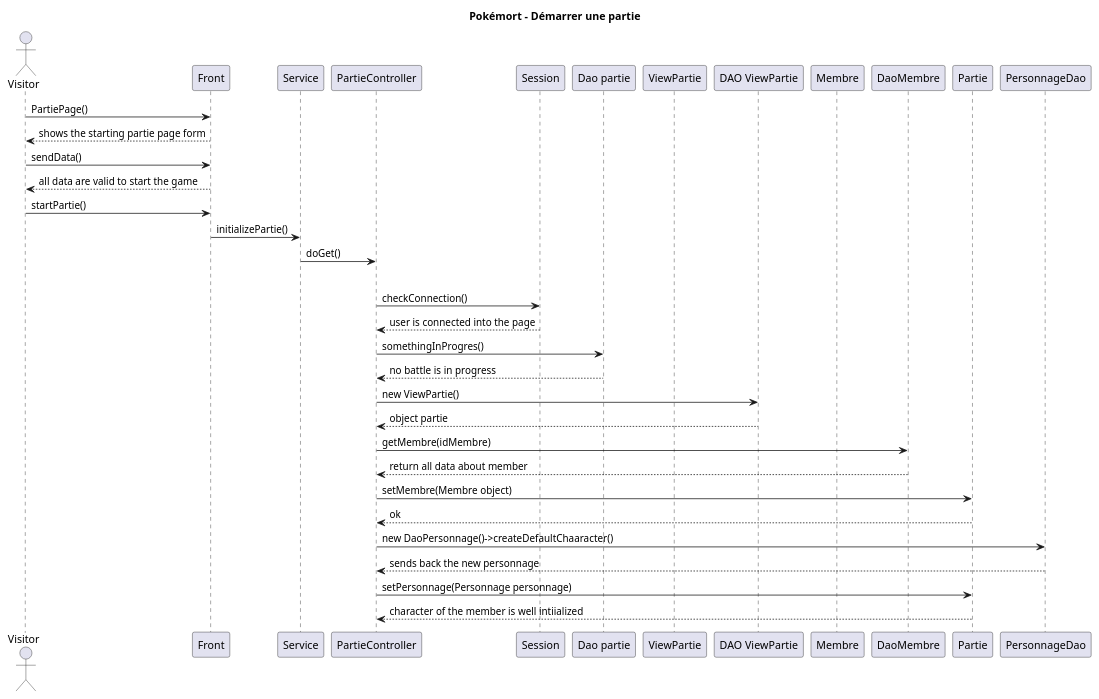
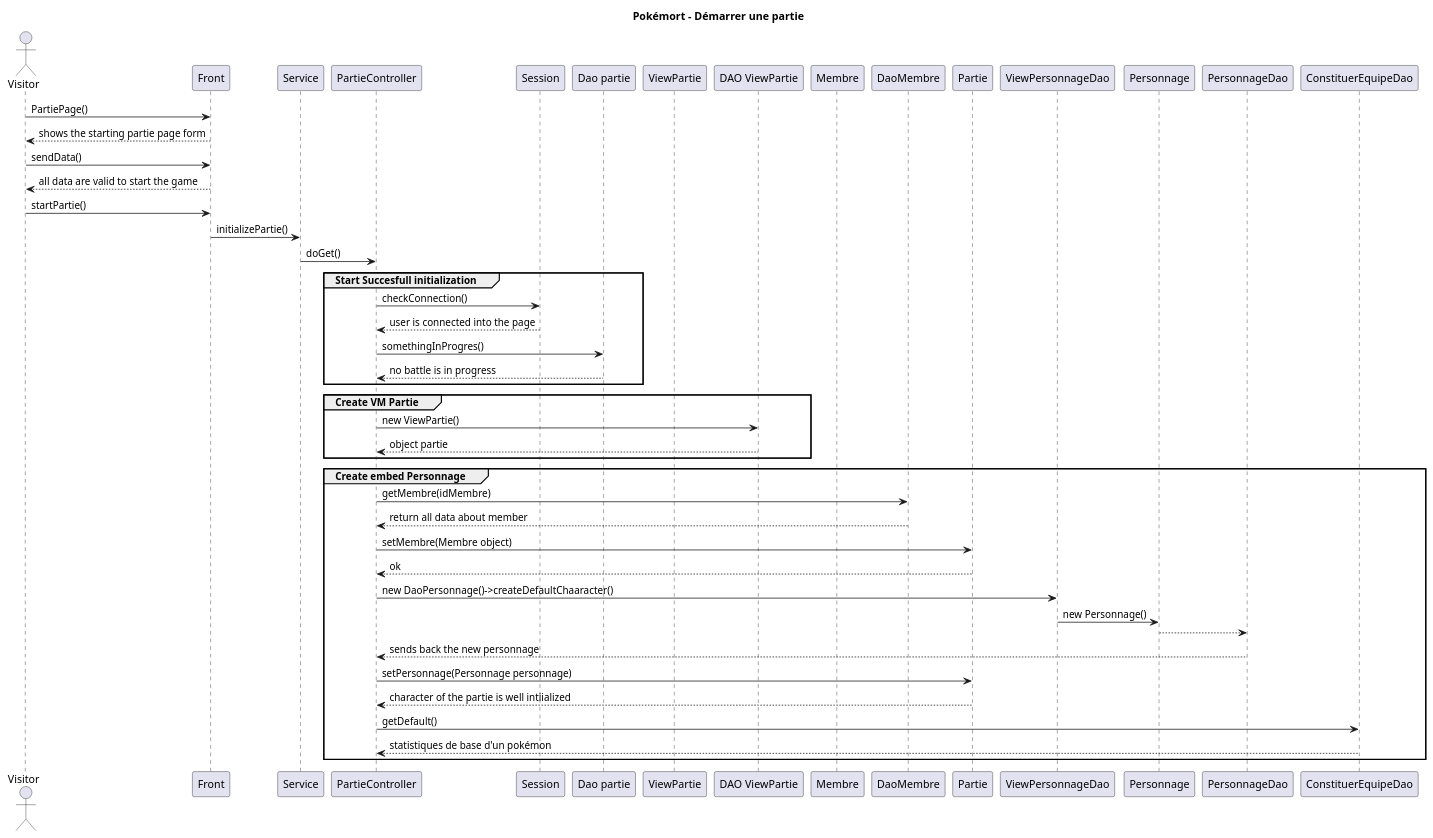
One commit to cedwics10/pokemort changed the diagram in documents/merise/uml/sequences/user/StartAdventure/StartAdventure.wsd. Above: the diagram before and after it, drawn with PlantUML. The commit also changed 1 other file, not shown here.

Commit message:
Start partie - sequence in progress

```diff
--- a/documents/merise/uml/sequences/user/StartAdventure/StartAdventure.wsd
+++ b/documents/merise/uml/sequences/user/StartAdventure/StartAdventure.wsd
@@ -1,47 +1,58 @@
 @startuml
 title Pokémort - Démarrer une partie
 
 actor Visitor
 participant "Front" as Front
 participant "Service" as ServicePartie
 participant "PartieController" as PartieCtrl
 
 participant "Session" as Session
 
 participant "Dao partie" as PartieDao
 
 participant "ViewPartie" as ViewPartie
 
 participant "DAO ViewPartie" as DaoViewPartie
 
 participant "Membre" as Membre
 
 
 Visitor -> Front : PartiePage()
 Front --> Visitor : shows the starting partie page form
 Visitor -> Front : sendData()
 Front --> Visitor : all data are valid to start the game
 Visitor -> Front : startPartie()
 Front -> ServicePartie : initializePartie()
 ServicePartie -> PartieCtrl : doGet()
 group Start Succesfull initialization
 PartieCtrl -> Session : checkConnection()
 Session --> PartieCtrl : user is connected into the page
 PartieCtrl -> PartieDao : somethingInProgres()
 PartieDao --> PartieCtrl : no battle is in progress
+end
+
+group Create VM Partie
 PartieCtrl -> DaoViewPartie : new ViewPartie() 
 DaoViewPartie --> PartieCtrl : object partie
+end
 
+
+group Create embed Personnage
 PartieCtrl -> DaoMembre : getMembre(idMembre)
 DaoMembre --> PartieCtrl : return all data about member
 PartieCtrl -> Partie : setMembre(Membre object)
 Partie --> PartieCtrl  : ok
 
-PartieCtrl -> PersonnageDao : new DaoPersonnage()->createDefaultChaaracter()
+PartieCtrl -> ViewPersonnageDao : new DaoPersonnage()->createDefaultChaaracter()
+ViewPersonnageDao -> Personnage : new Personnage()
+Personnage --> PersonnageDao : 
 PersonnageDao --> PartieCtrl : sends back the new personnage
 PartieCtrl -> Partie : setPersonnage(Personnage personnage)
-Partie --> PartieCtrl  : character of the member is well intiialized
+Partie --> PartieCtrl  : character of the partie is well intiialized
 
+PartieCtrl  -> ConstituerEquipeDao : getDefault() 
+ConstituerEquipeDao --> PartieCtrl : statistiques de base d'un pokémon 
+end
 
 
 @enduml
```
